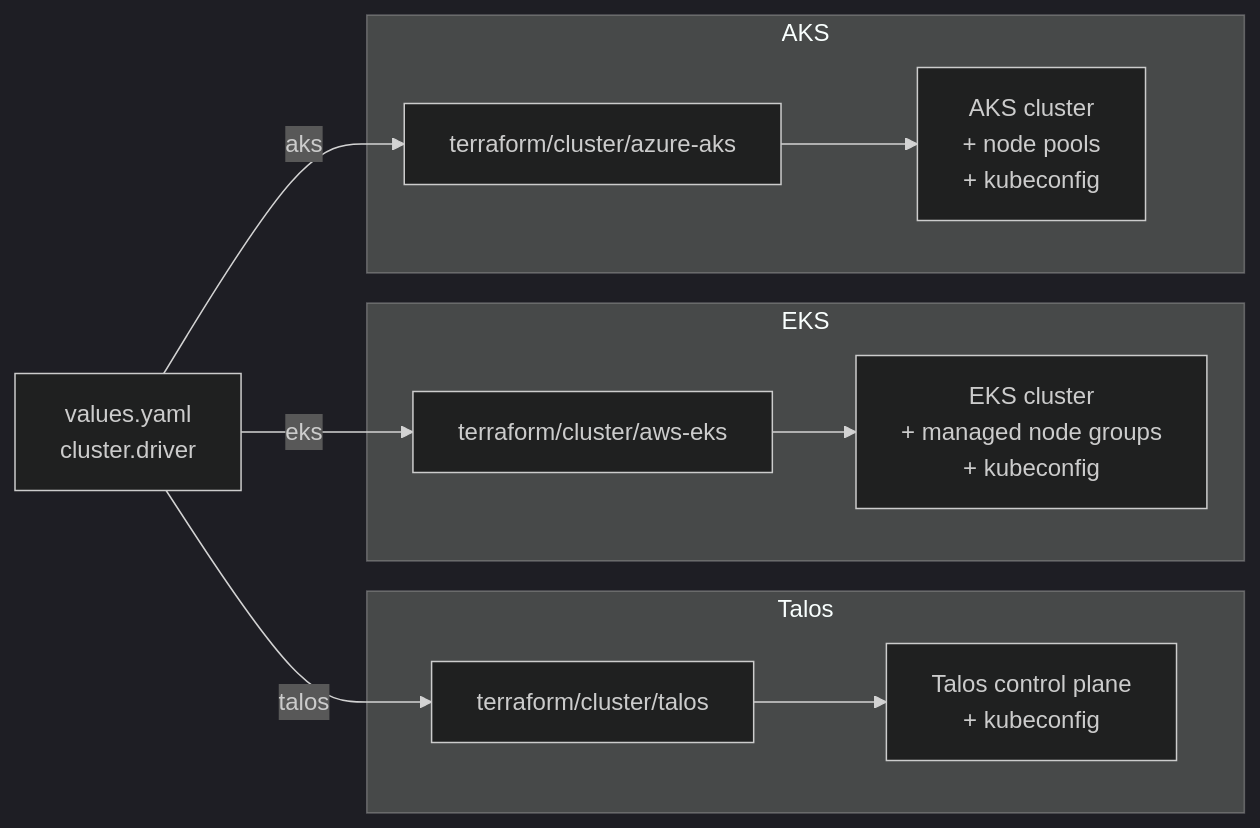
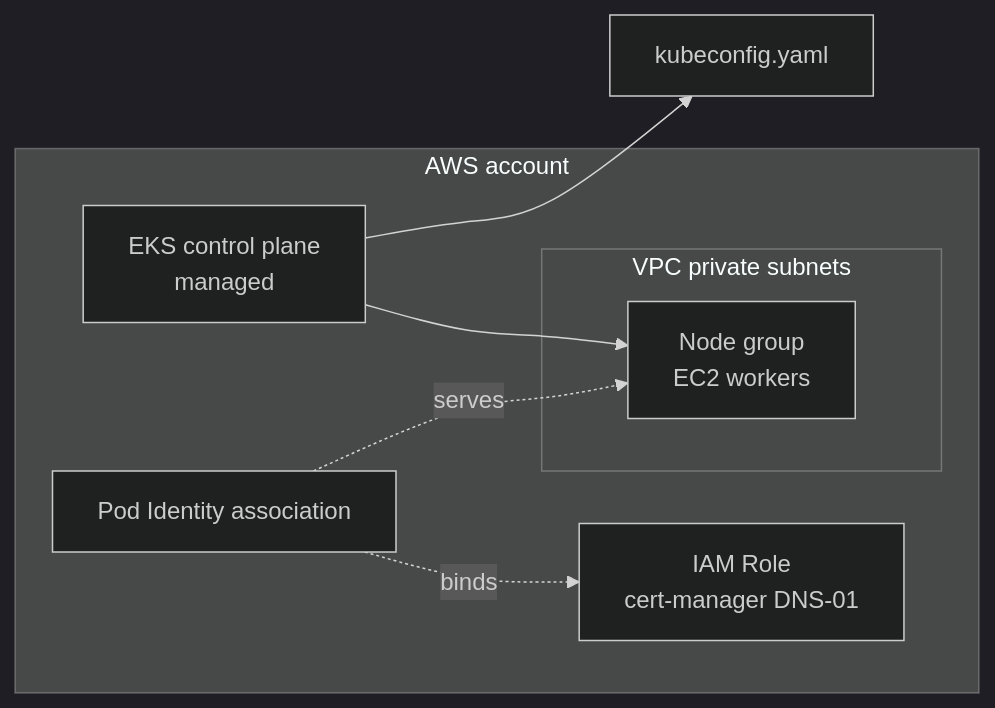
The second of 3 diagrams in terraform/cluster/README.md (windsorcli/core), drawn with Mermaid (dark theme) before and after one commit. The commit also changed other lines of this file and 7 other files, not shown here.

Commit message:
chore(docs): enhance README files with updated architecture diagrams and detailed module descriptions across Terraform categories

````diff
--- a/terraform/cluster/README.md
+++ b/terraform/cluster/README.md
@@ -17,26 +63,20 @@
 ```mermaid
 flowchart LR
-  values[values.yaml<br/>cluster.driver]
+  subgraph aws[AWS account]
+    eks[EKS control plane<br/>managed]
 
-  subgraph talospath[Talos]
-    tfTalos[terraform/cluster/talos]
-    talosCp[Talos control plane<br/>+ kubeconfig]
+    subgraph priv[VPC private subnets]
+      ng[Node group<br/>EC2 workers]
+    end
+
+    iam[IAM Role<br/>cert-manager DNS-01]
+    pi[Pod Identity association]
   end
 
-  subgraph ekspath[EKS]
-    tfEks[terraform/cluster/aws-eks]
-    eksCluster[EKS cluster<br/>+ managed node groups<br/>+ kubeconfig]
-  end
+  kc[kubeconfig.yaml]
 
-  subgraph akspath[AKS]
-    tfAks[terraform/cluster/azure-aks]
-    aksCluster[AKS cluster<br/>+ node pools<br/>+ kubeconfig]
-  end
-
-  values -->|talos| tfTalos
-  values -->|eks| tfEks
-  values -->|aks| tfAks
-  tfTalos --> talosCp
-  tfEks --> eksCluster
-  tfAks --> aksCluster
+  eks --> ng
+  eks --> kc
+  pi -.binds.-> iam
+  pi -.serves.-> ng
 ```
````
